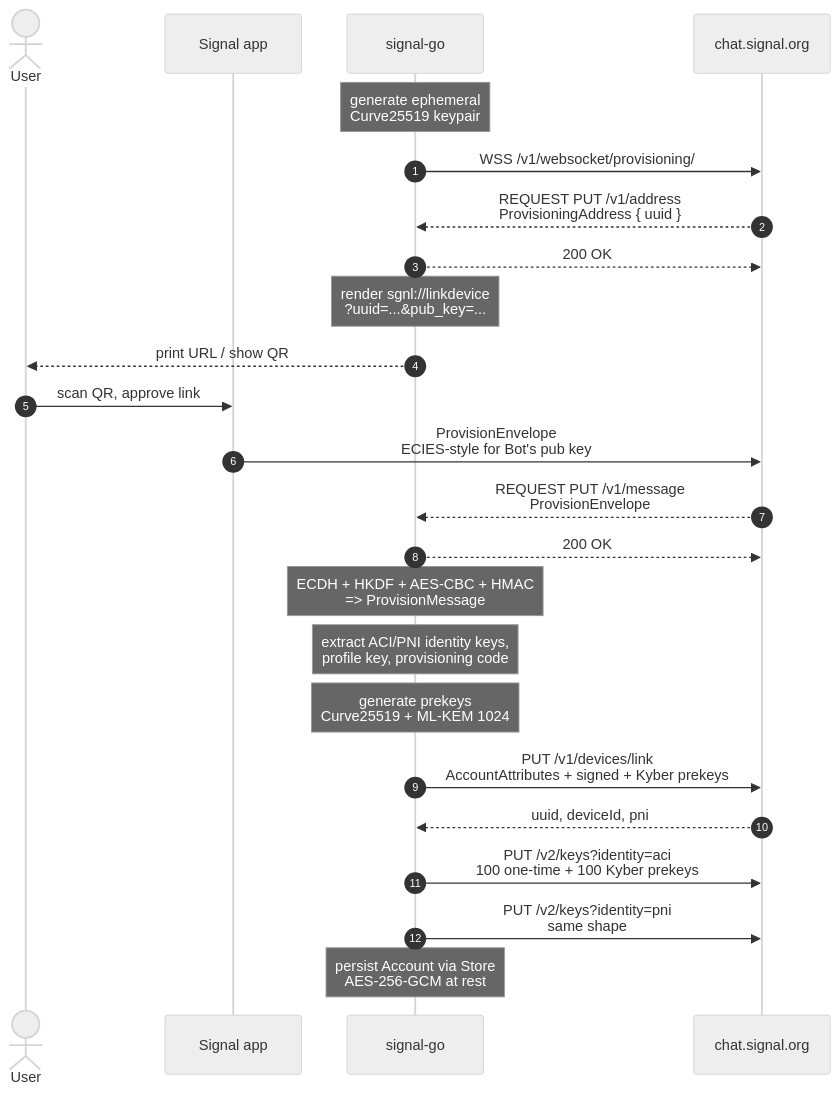
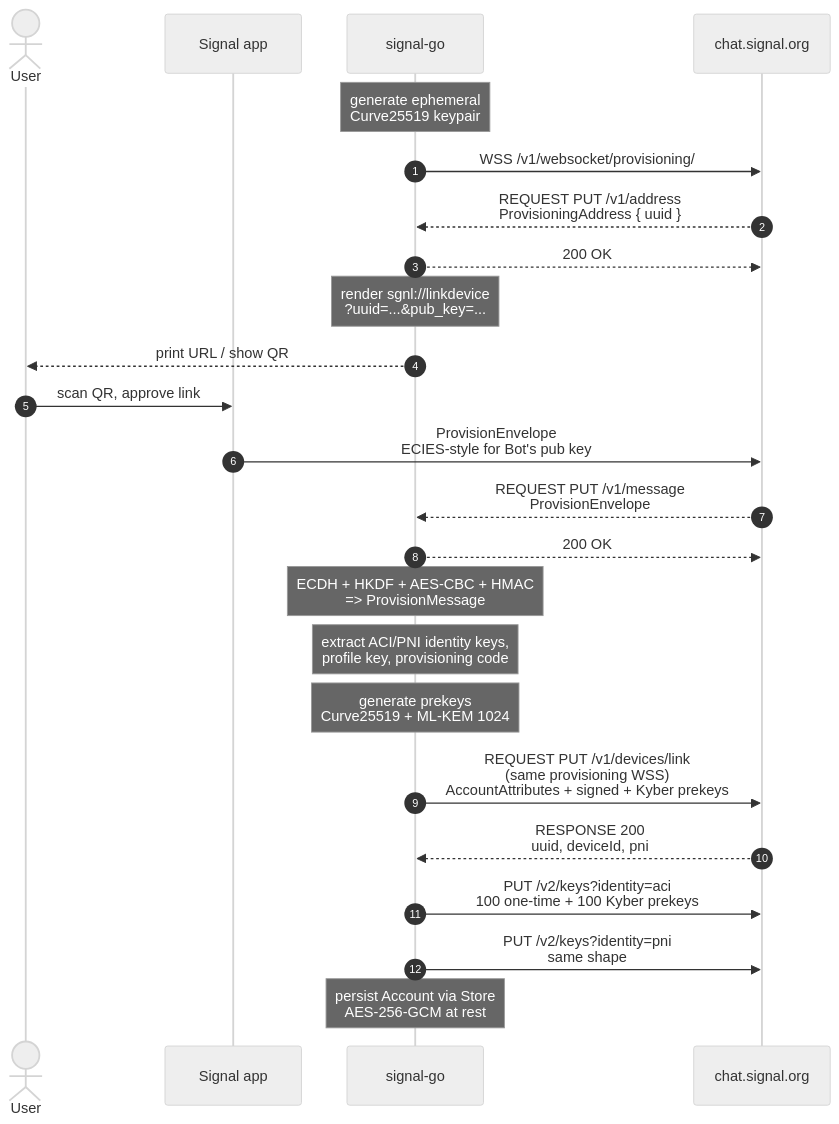
The diagram in docs/diagrams/qr-link.md (thehappydinoa/signal-go), drawn with Mermaid (neutral theme) before and after one commit. The commit also changed other lines of this file and 11 other files, not shown here.

First line of the commit message:
refactor: update provisioning flow to use WebSocket for device registration

````diff
--- a/docs/diagrams/qr-link.md
+++ b/docs/diagrams/qr-link.md
@@ -7,27 +7,27 @@
 ```mermaid
 sequenceDiagram
     autonumber
     actor User
     participant Phone as Signal app
     participant Bot as signal-go
     participant Server as chat.signal.org
 
     Note over Bot: generate ephemeral<br/>Curve25519 keypair
     Bot->>Server: WSS /v1/websocket/provisioning/
     Server-->>Bot: REQUEST PUT /v1/address<br/>ProvisioningAddress { uuid }
     Bot-->>Server: 200 OK
     Note over Bot: render sgnl://linkdevice<br/>?uuid=...&pub_key=...
     Bot-->>User: print URL / show QR
     User->>Phone: scan QR, approve link
     Phone->>Server: ProvisionEnvelope<br/>ECIES-style for Bot's pub key
     Server-->>Bot: REQUEST PUT /v1/message<br/>ProvisionEnvelope
     Bot-->>Server: 200 OK
     Note over Bot: ECDH + HKDF + AES-CBC + HMAC<br/>=> ProvisionMessage
     Note over Bot: extract ACI/PNI identity keys,<br/>profile key, provisioning code
     Note over Bot: generate prekeys<br/>Curve25519 + ML-KEM 1024
-    Bot->>Server: PUT /v1/devices/link<br/>AccountAttributes + signed + Kyber prekeys
-    Server-->>Bot: uuid, deviceId, pni
+    Bot->>Server: REQUEST PUT /v1/devices/link<br/>(same provisioning WSS)<br/>AccountAttributes + signed + Kyber prekeys
+    Server-->>Bot: RESPONSE 200<br/>uuid, deviceId, pni
     Bot->>Server: PUT /v2/keys?identity=aci<br/>100 one-time + 100 Kyber prekeys
     Bot->>Server: PUT /v2/keys?identity=pni<br/>same shape
     Note over Bot: persist Account via Store<br/>AES-256-GCM at rest
 ```
````
